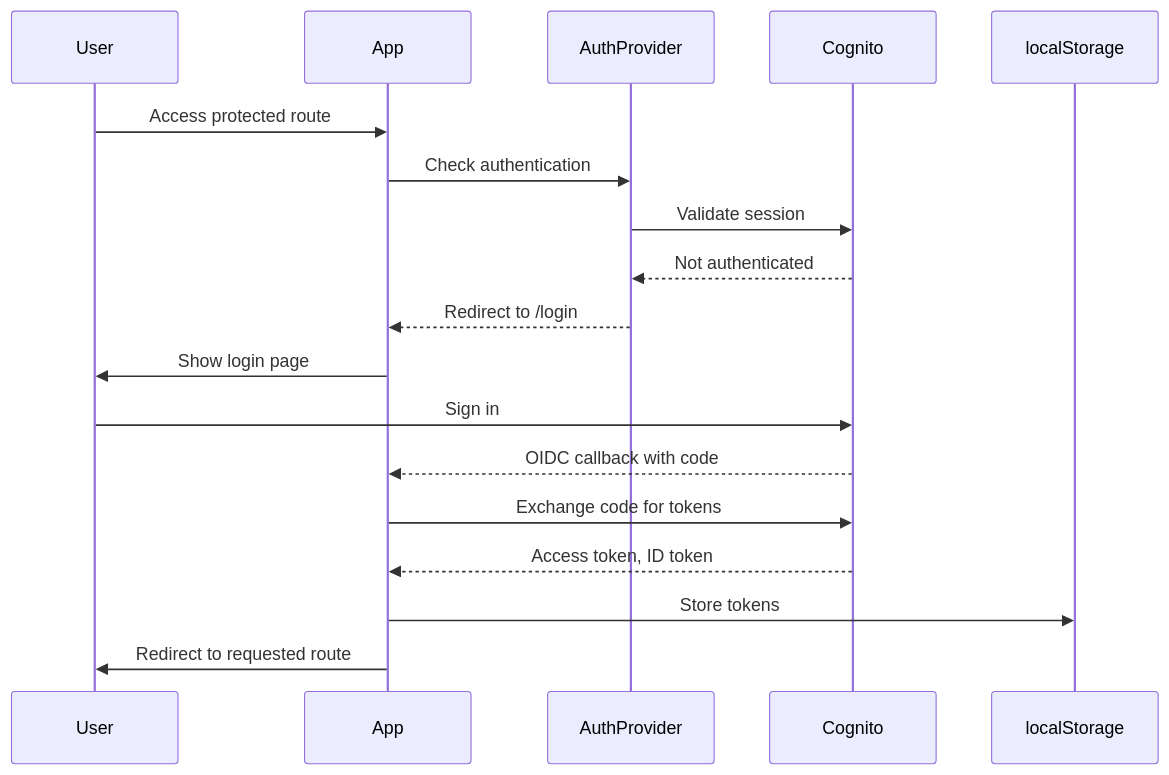
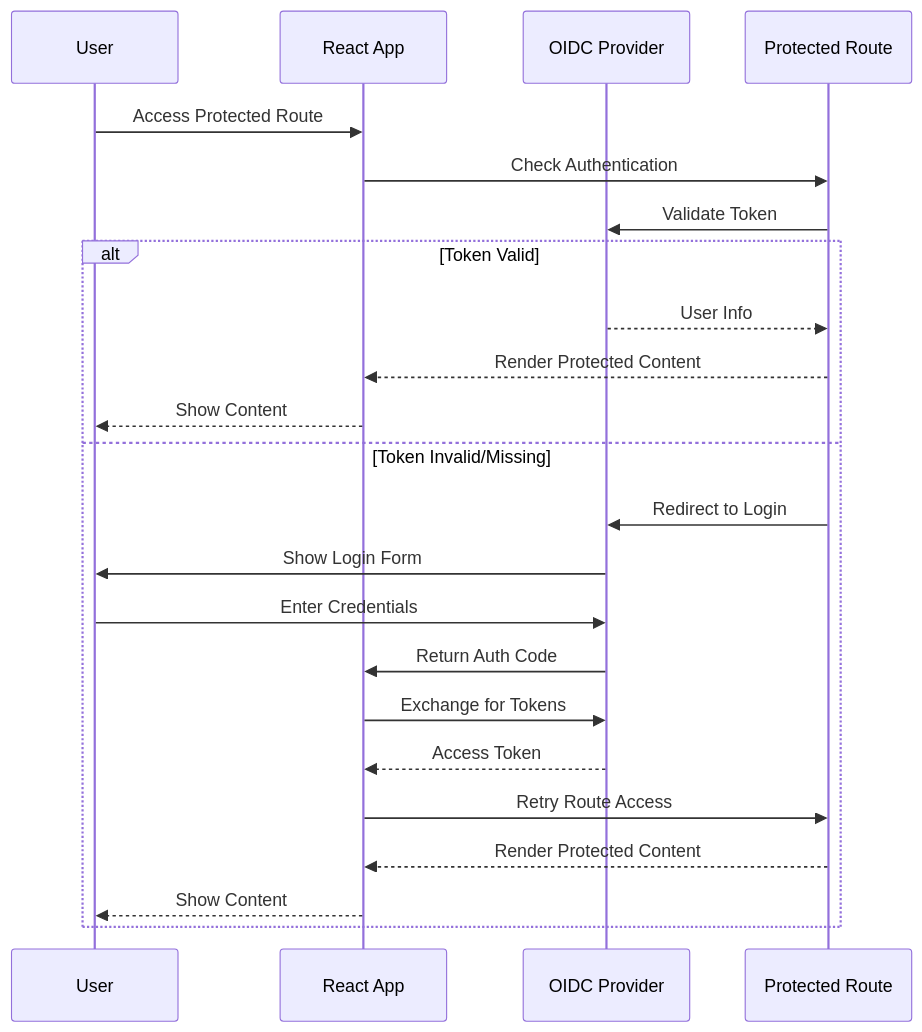
The second of 15 diagrams in .sop/summary/workflows.md (getOffIt/spellingWebsite), drawn with Mermaid before and after one commit. The commit also changed other lines of this file and 17 other files, not shown here.

````diff
--- a/.sop/summary/workflows.md
+++ b/.sop/summary/workflows.md
@@ -7,15 +29,27 @@
 ```mermaid
 sequenceDiagram
-    User->>App: Access protected route
-    App->>AuthProvider: Check authentication
-    AuthProvider->>Cognito: Validate session
-    Cognito-->>AuthProvider: Not authenticated
-    AuthProvider-->>App: Redirect to /login
-    App->>User: Show login page
-    User->>Cognito: Sign in
-    Cognito-->>App: OIDC callback with code
-    App->>Cognito: Exchange code for tokens
-    Cognito-->>App: Access token, ID token
-    App->>localStorage: Store tokens
-    App->>User: Redirect to requested route
+    participant U as User
+    participant R as React App
+    participant O as OIDC Provider
+    participant P as Protected Route
+    
+    U->>R: Access Protected Route
+    R->>P: Check Authentication
+    P->>O: Validate Token
+    
+    alt Token Valid
+        O-->>P: User Info
+        P-->>R: Render Protected Content
+        R-->>U: Show Content
+    else Token Invalid/Missing
+        P->>O: Redirect to Login
+        O->>U: Show Login Form
+        U->>O: Enter Credentials
+        O->>R: Return Auth Code
+        R->>O: Exchange for Tokens
+        O-->>R: Access Token
+        R->>P: Retry Route Access
+        P-->>R: Render Protected Content
+        R-->>U: Show Content
+    end
 ```
````
